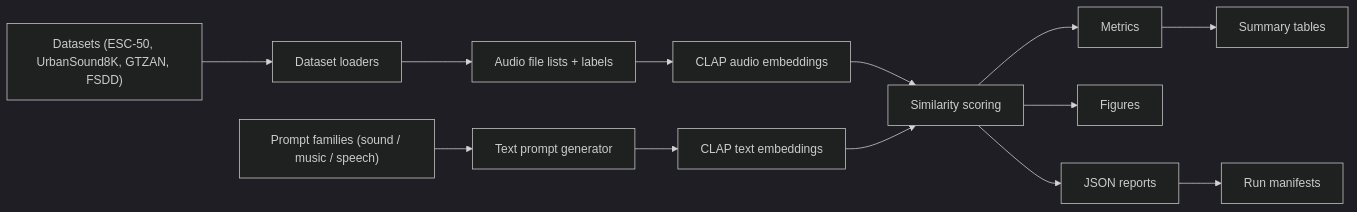
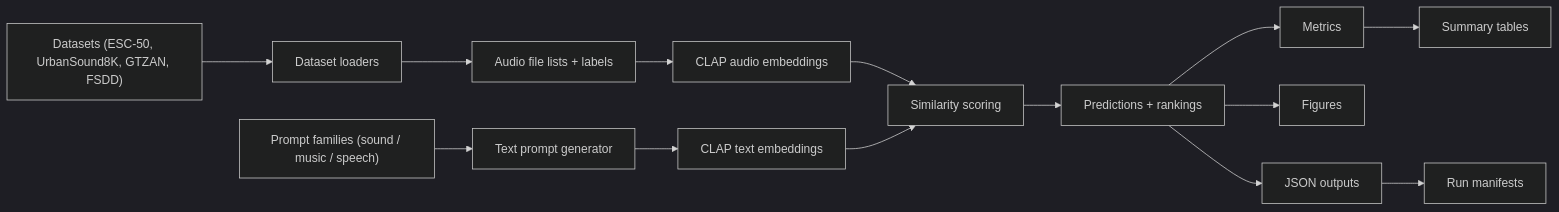
The diagram in reports/CLAP_Final_Report.md (arfinzz/CLAP-Special-Topic-DBMS), drawn with Mermaid (dark theme) before and after one commit. The commit also changed other lines of this file, not shown here.

````diff
--- a/reports/CLAP_Final_Report.md
+++ b/reports/CLAP_Final_Report.md
@@ -65,15 +211,16 @@
 ```mermaid
 flowchart LR
     A["Datasets (ESC-50, UrbanSound8K, GTZAN, FSDD)"] --> B["Dataset loaders"]
     B --> C["Audio file lists + labels"]
     D["Prompt families (sound / music / speech)"] --> E["Text prompt generator"]
     C --> F["CLAP audio embeddings"]
     E --> G["CLAP text embeddings"]
     F --> H["Similarity scoring"]
     G --> H["Similarity scoring"]
-    H --> I["Metrics"]
-    H --> J["Figures"]
-    H --> K["JSON reports"]
-    I --> L["Summary tables"]
-    K --> M["Run manifests"]
+    H --> I["Predictions + rankings"]
+    I --> J["Metrics"]
+    I --> K["Figures"]
+    I --> L["JSON outputs"]
+    J --> M["Summary tables"]
+    L --> N["Run manifests"]
 ```
````
